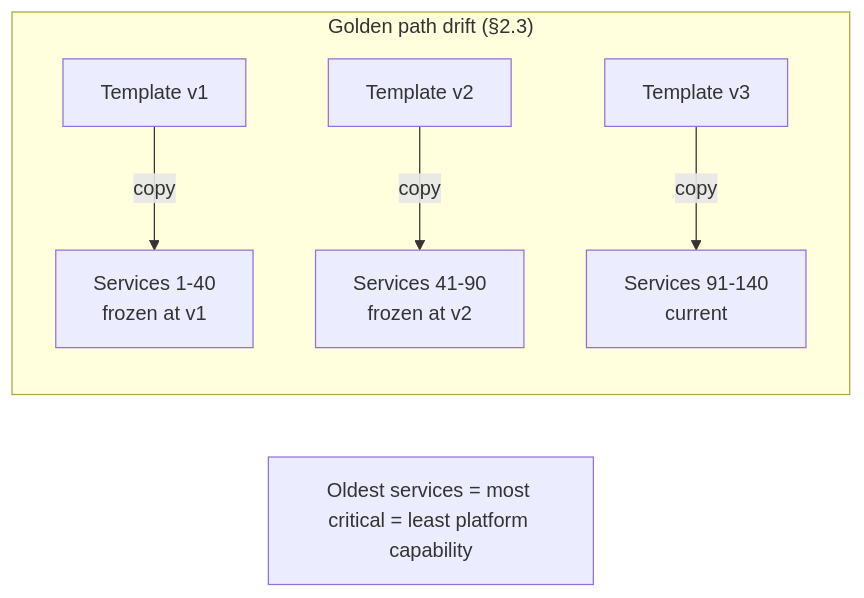
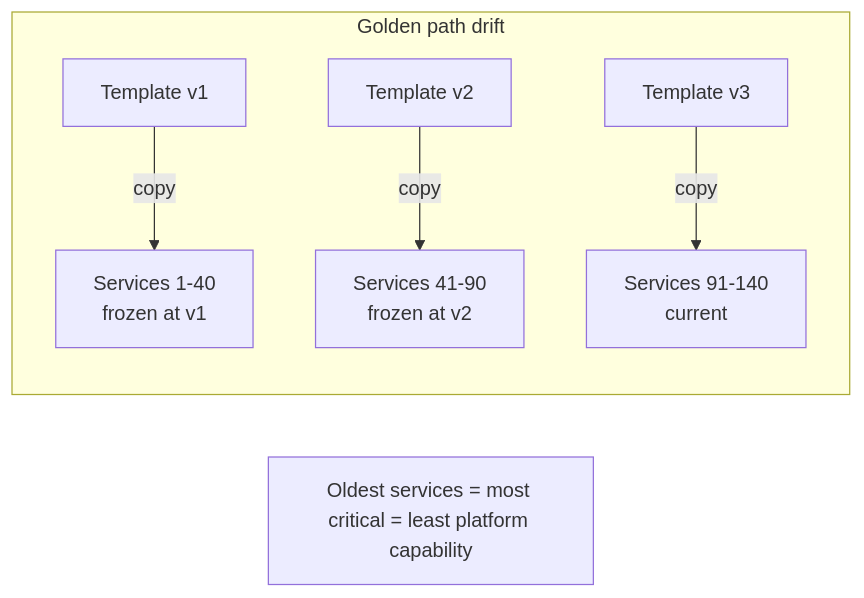
Before and after one commit to umashankarp/InterviewQuestions: the second of 4 diagrams in 17-Microservices/08-Capstone-Microservices-Platform-Engineering-At-Scale.md, drawn with Mermaid. The commit also changed other lines of this file and 173 other files, not shown here.

````diff
--- a/17-Microservices/08-Capstone-Microservices-Platform-Engineering-At-Scale.md
+++ b/17-Microservices/08-Capstone-Microservices-Platform-Engineering-At-Scale.md
@@ -94,9 +94,9 @@
 ```mermaid
 graph LR
-    subgraph "Golden path drift (§2.3)"
-        TPL_V1[Template v1] -->|copy| S1[Services 1-40<br/>frozen at v1]
-        TPL_V2[Template v2] -->|copy| S2[Services 41-90<br/>frozen at v2]
-        TPL_V3[Template v3] -->|copy| S3[Services 91-140<br/>current]
-    end
-    Note["Oldest services = most critical = least platform capability"]
+ subgraph "Golden path drift"
+ TPL_V1[Template v1] -->|copy| S1[Services 1-40<br/>frozen at v1]
+ TPL_V2[Template v2] -->|copy| S2[Services 41-90<br/>frozen at v2]
+ TPL_V3[Template v3] -->|copy| S3[Services 91-140<br/>current]
+ end
+ Note["Oldest services = most critical = least platform capability"]
 ```
````
